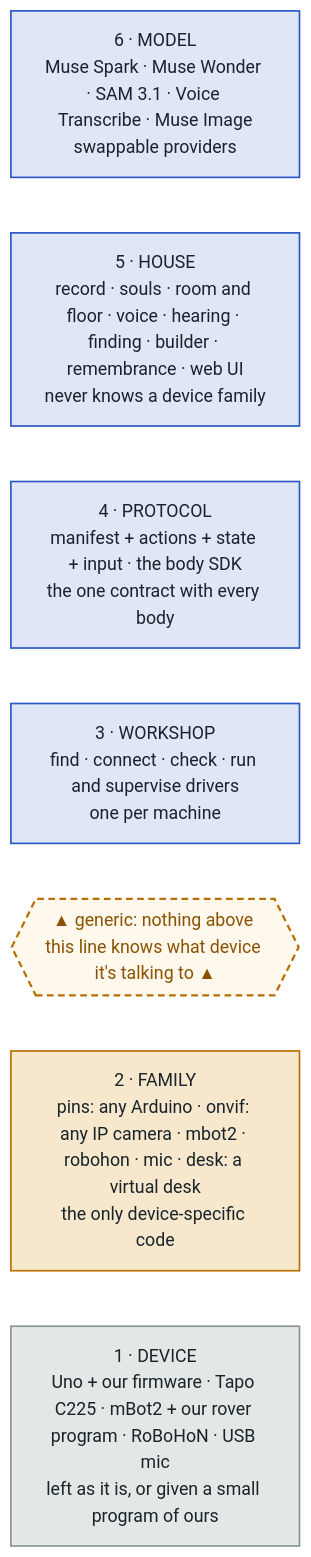
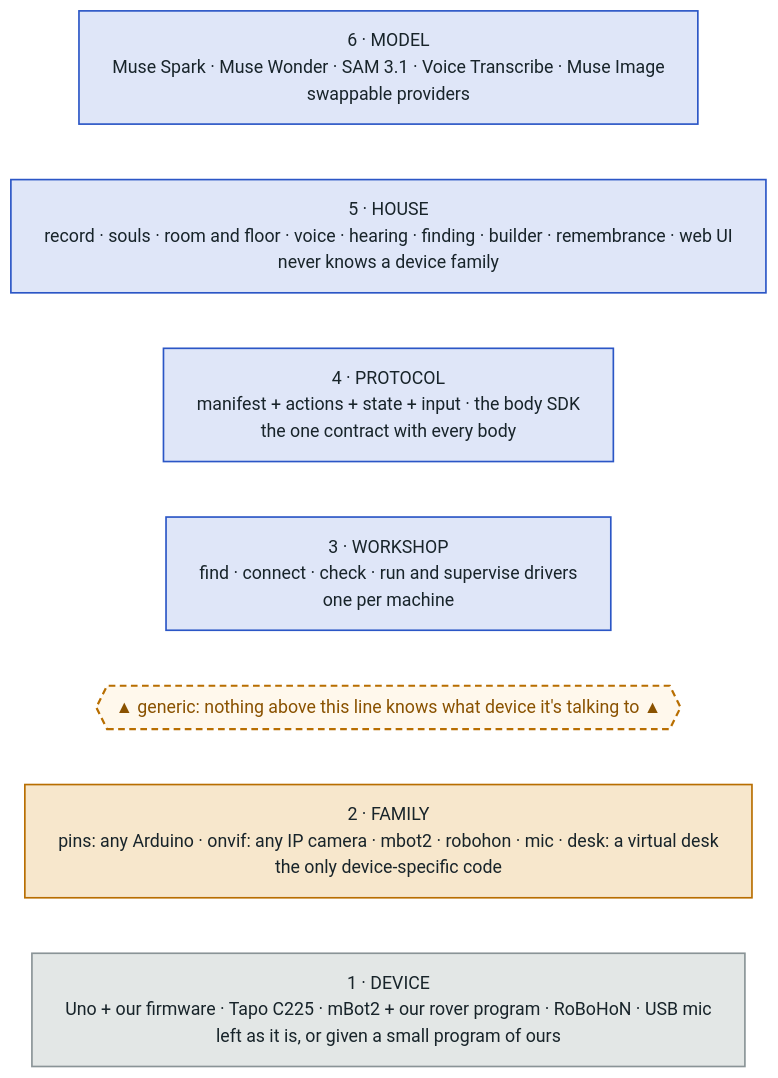
The first of 3 diagrams in README.md (surferkook/ponki), drawn with Mermaid before and after one commit. The commit also changed other lines of this file, not shown here.

Commit message:
README: built with Muse Spark, Meta models under the hood; moments nobody asked for; diagrams wide again

````diff
--- a/README.md
+++ b/README.md
@@ -88,19 +91,20 @@
 ```mermaid
+%%{init: {"flowchart": {"wrappingWidth": 720}}}%%
 flowchart TB
   L6["6 · MODEL<br/>Muse Spark · Muse Wonder · SAM 3.1 · Voice Transcribe · Muse Image<br/>swappable providers"]
   L5["5 · HOUSE<br/>record · souls · room and floor · voice · hearing · finding · builder · remembrance · web UI<br/>never knows a device family"]
   L4["4 · PROTOCOL<br/>manifest + actions + state + input · the body SDK<br/>the one contract with every body"]
   L3["3 · WORKSHOP<br/>find · connect · check · run and supervise drivers<br/>one per machine"]
   RULE{{"▲ generic: nothing above this line knows what device it's talking to ▲"}}
   L2["2 · FAMILY<br/>pins: any Arduino · onvif: any IP camera · mbot2 · robohon · mic · desk: a virtual desk<br/>the only device-specific code"]
   L1["1 · DEVICE<br/>Uno + our firmware · Tapo C225 · mBot2 + our rover program · RoBoHoN · USB mic<br/>left as it is, or given a small program of ours"]
   L6 ~~~ L5 ~~~ L4 ~~~ L3 ~~~ RULE ~~~ L2 ~~~ L1
   classDef house fill:#dfe6f8,stroke:#2b56c6,stroke-width:1.5px,color:#18242a
   classDef family fill:#f7e7cc,stroke:#b86e00,stroke-width:1.5px,color:#18242a
   classDef device fill:#e3e7e6,stroke:#8a9497,stroke-width:1.5px,color:#18242a
   classDef rule fill:#fff8ec,stroke:#b86e00,stroke-width:2px,stroke-dasharray:6 4,color:#8a5200
   class L6,L5,L4,L3 house
   class L2 family
   class L1 device
   class RULE rule
 ```
````
